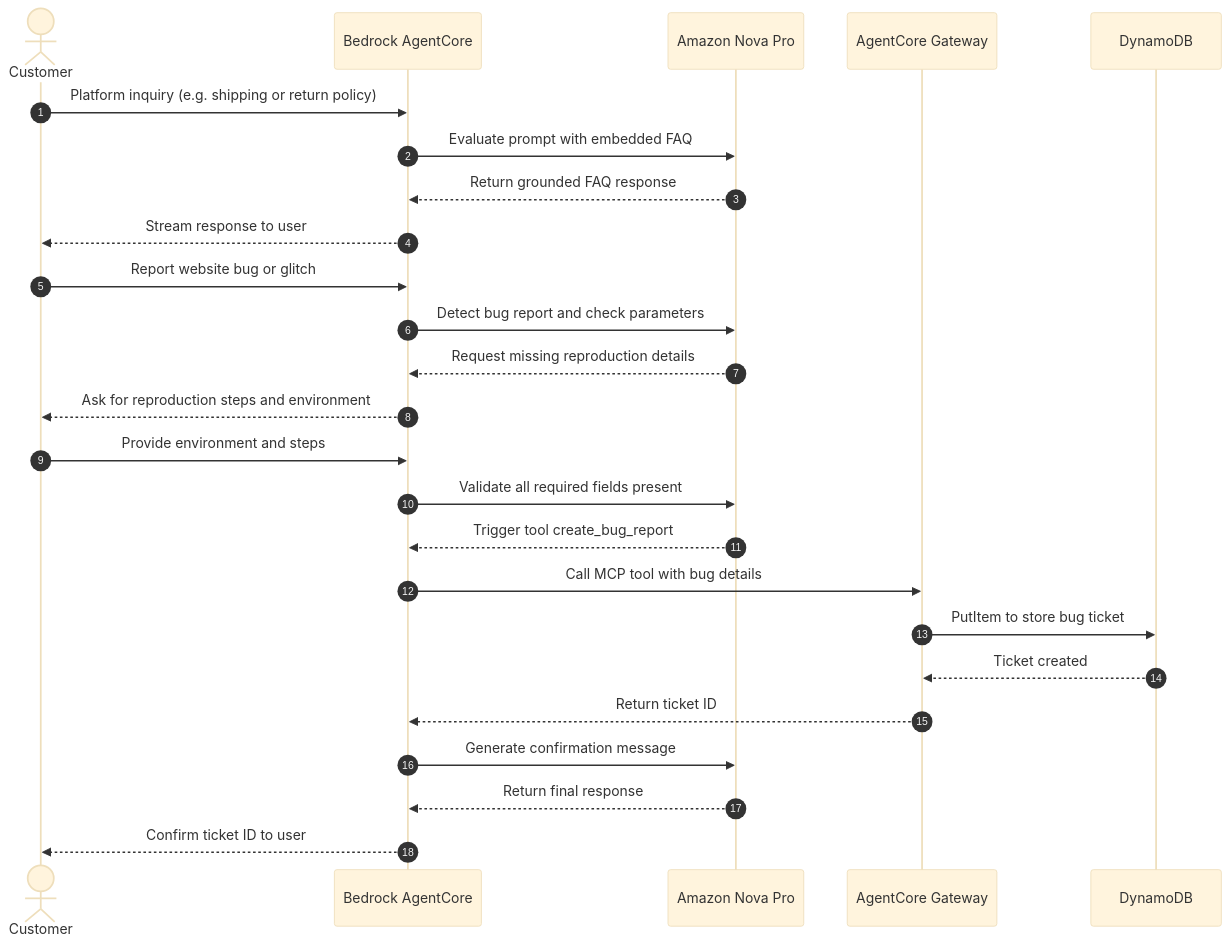
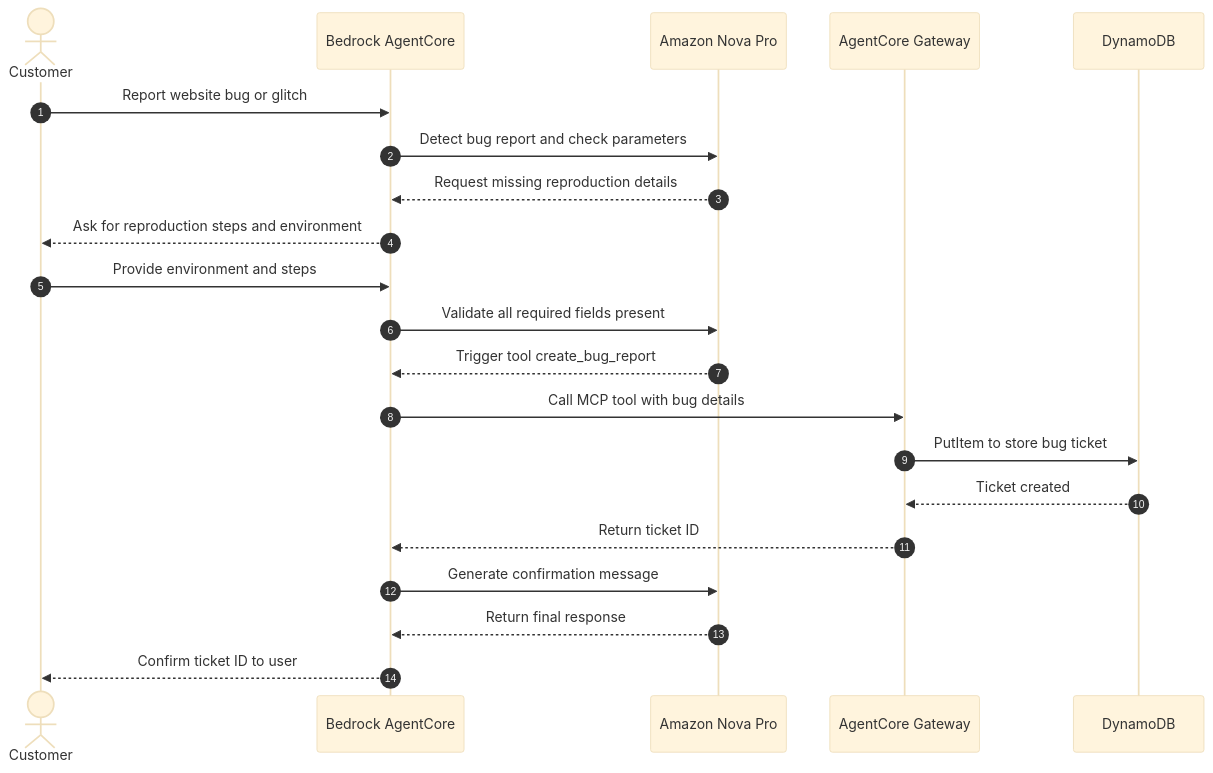
The third of 5 diagrams in Architecture.md (henokkhm/udacity-future-aws-engineer-proj-1-customer-support-chatbot-with-amazon-bedrock-agentcore), drawn with Mermaid (base theme) before and after one commit. The commit also changed other lines of this file and 1 other file, not shown here.

Commit message:
Update mermaid diagrams for user flow

````diff
--- a/Architecture.md
+++ b/Architecture.md
@@ -63,31 +115,24 @@
 ```mermaid
 sequenceDiagram
     autonumber
     actor Customer
     participant AgentCore as Bedrock AgentCore
     participant NovaPro as Amazon Nova Pro
     participant Tool as AgentCore Gateway
     participant DB as DynamoDB
 
-    %% 1. FAQ Retrieval Flow
-    Customer->>AgentCore: Platform inquiry (e.g. shipping or return policy)
-    AgentCore->>NovaPro: Evaluate prompt with embedded FAQ
-    NovaPro-->>AgentCore: Return grounded FAQ response
-    AgentCore-->>Customer: Stream response to user
-
-    %% 2. Multi-turn Bug Ticket Intake Flow
     Customer->>AgentCore: Report website bug or glitch
     AgentCore->>NovaPro: Detect bug report and check parameters
     NovaPro-->>AgentCore: Request missing reproduction details
     AgentCore-->>Customer: Ask for reproduction steps and environment
     Customer->>AgentCore: Provide environment and steps
     AgentCore->>NovaPro: Validate all required fields present
     NovaPro-->>AgentCore: Trigger tool create_bug_report
     AgentCore->>Tool: Call MCP tool with bug details
     Tool->>DB: PutItem to store bug ticket
     DB-->>Tool: Ticket created
     Tool-->>AgentCore: Return ticket ID
     AgentCore->>NovaPro: Generate confirmation message
     NovaPro-->>AgentCore: Return final response
     AgentCore-->>Customer: Confirm ticket ID to user
 ```
````
